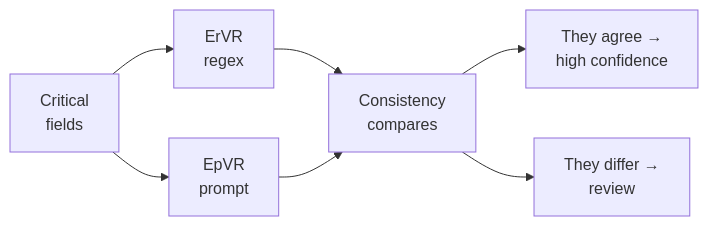
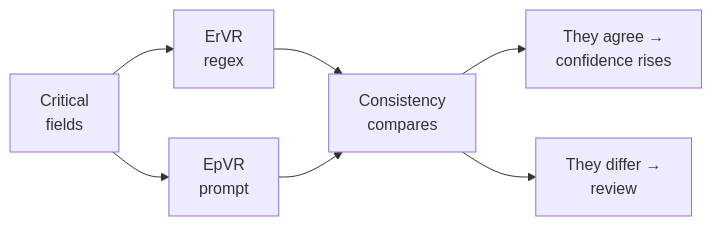
Before and after one commit to mariogarcia-ar/docflow: the second of 2 diagrams in README.md, drawn with Mermaid. The commit also changed other lines of this file and 3 other files, not shown here.

````diff
--- a/README.md
+++ b/README.md
@@ -108,9 +81,9 @@
 ```mermaid
 graph LR
     A["Critical<br/>fields"] --> B["ErVR<br/>regex"]
     A --> C["EpVR<br/>prompt"]
     B --> D["Consistency<br/>compares"]
     C --> D
-    D --> E["They agree →<br/>high confidence"]
+    D --> E["They agree →<br/>confidence rises"]
     D --> F["They differ →<br/>review"]
 ```
````
